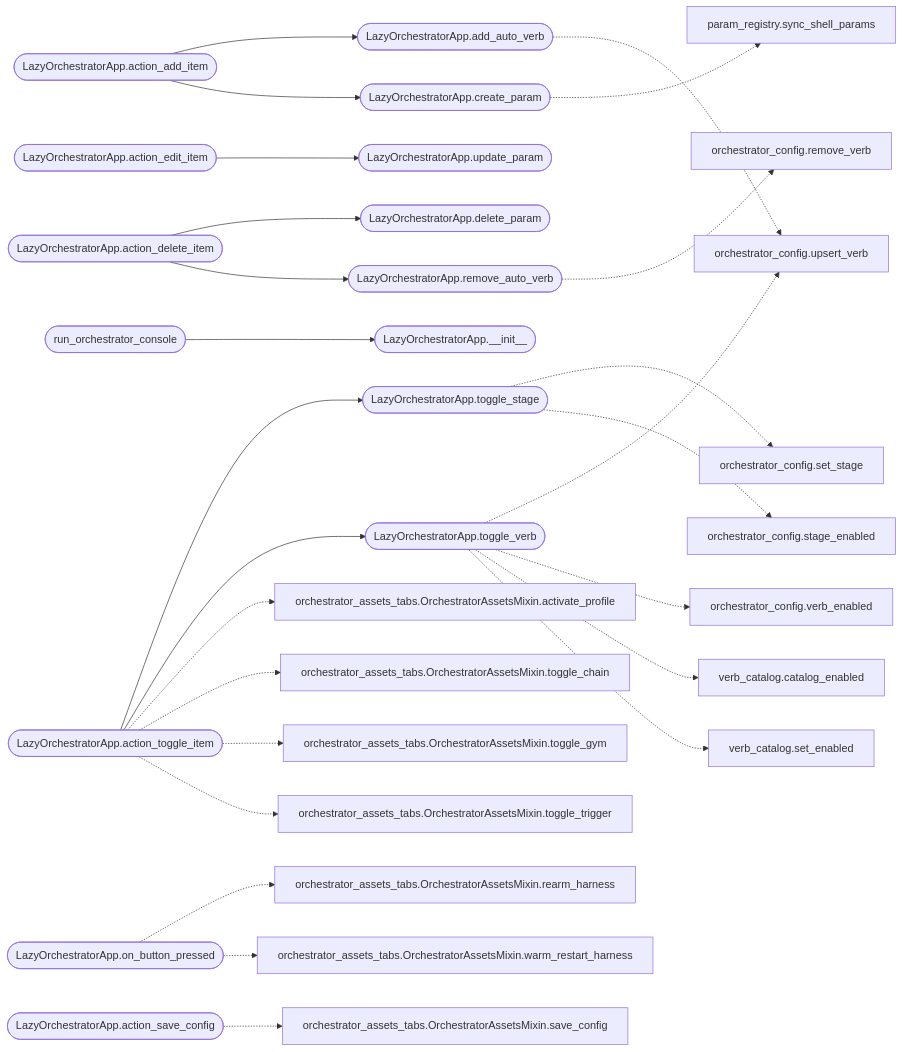
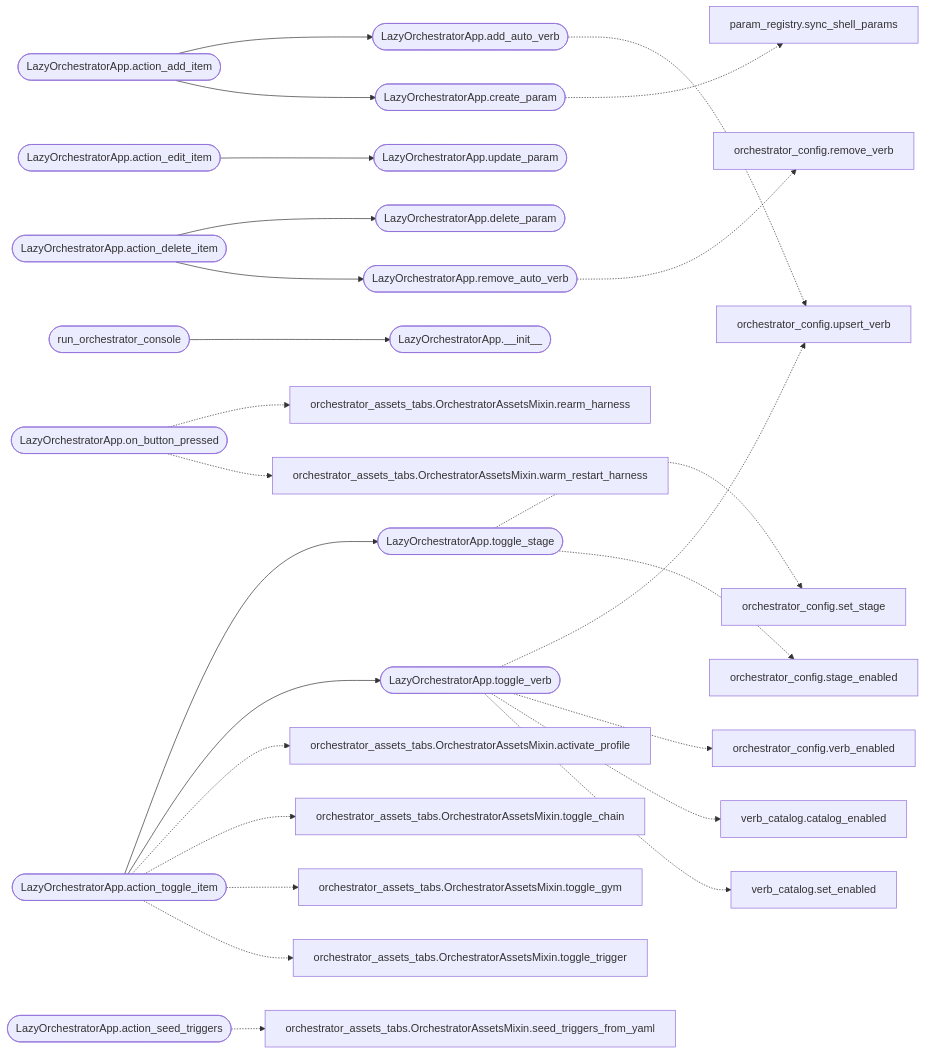
The second of 2 diagrams in readmenator-apidocs/modules/cli.lazy_orchestrator.py.md (grisuno/LazyOwn), drawn with Mermaid before and after one commit. The commit also changed other lines of this file and 496 other files, not shown here.

````diff
--- a/readmenator-apidocs/modules/cli.lazy_orchestrator.py.md
+++ b/readmenator-apidocs/modules/cli.lazy_orchestrator.py.md
@@ -62,57 +66,57 @@
 ```mermaid
 flowchart LR
     n_cli_lazy_orchestrator_py__LazyOrchestratorApp_action_toggle_item(["LazyOrchestratorApp.action_toggle_item"])
     n_cli_lazy_orchestrator_py__LazyOrchestratorApp_toggle_stage(["LazyOrchestratorApp.toggle_stage"])
     n_cli_lazy_orchestrator_py__LazyOrchestratorApp_toggle_verb(["LazyOrchestratorApp.toggle_verb"])
     n_cli_lazy_orchestrator_py__LazyOrchestratorApp_action_add_item(["LazyOrchestratorApp.action_add_item"])
     n_cli_lazy_orchestrator_py__LazyOrchestratorApp_add_auto_verb(["LazyOrchestratorApp.add_auto_verb"])
     n_cli_lazy_orchestrator_py__LazyOrchestratorApp_create_param(["LazyOrchestratorApp.create_param"])
     n_cli_lazy_orchestrator_py__LazyOrchestratorApp_action_edit_item(["LazyOrchestratorApp.action_edit_item"])
     n_cli_lazy_orchestrator_py__LazyOrchestratorApp_update_param(["LazyOrchestratorApp.update_param"])
     n_cli_lazy_orchestrator_py__LazyOrchestratorApp_action_delete_item(["LazyOrchestratorApp.action_delete_item"])
     n_cli_lazy_orchestrator_py__LazyOrchestratorApp_delete_param(["LazyOrchestratorApp.delete_param"])
     n_cli_lazy_orchestrator_py__LazyOrchestratorApp_remove_auto_verb(["LazyOrchestratorApp.remove_auto_verb"])
     n_cli_lazy_orchestrator_py__run_orchestrator_console(["run_orchestrator_console"])
     n_cli_lazy_orchestrator_py__LazyOrchestratorApp___init__(["LazyOrchestratorApp.__init__"])
     n_modules_orchestrator_config_py__set_stage["orchestrator_config.set_stage"]
     n_modules_orchestrator_config_py__stage_enabled["orchestrator_config.stage_enabled"]
     n_modules_orchestrator_config_py__upsert_verb["orchestrator_config.upsert_verb"]
     n_modules_orchestrator_config_py__verb_enabled["orchestrator_config.verb_enabled"]
     n_modules_verb_catalog_py__catalog_enabled["verb_catalog.catalog_enabled"]
     n_modules_verb_catalog_py__set_enabled["verb_catalog.set_enabled"]
     n_modules_orchestrator_config_py__remove_verb["orchestrator_config.remove_verb"]
     n_cli_lazy_orchestrator_py__LazyOrchestratorApp_on_button_pressed(["LazyOrchestratorApp.on_button_pressed"])
     n_cli_orchestrator_assets_tabs_py__OrchestratorAssetsMixin_rearm_harness["orchestrator_assets_tabs.OrchestratorAssetsMixin.rearm_harness"]
     n_cli_orchestrator_assets_tabs_py__OrchestratorAssetsMixin_warm_restart_harness["orchestrator_assets_tabs.OrchestratorAssetsMixin.warm_restart_harness"]
+    n_cli_lazy_orchestrator_py__LazyOrchestratorApp_action_seed_triggers(["LazyOrchestratorApp.action_seed_triggers"])
+    n_cli_orchestrator_assets_tabs_py__OrchestratorAssetsMixin_seed_triggers_from_yaml["orchestrator_assets_tabs.OrchestratorAssetsMixin.seed_triggers_from_yaml"]
     n_core_param_registry_py__sync_shell_params["param_registry.sync_shell_params"]
     n_cli_orchestrator_assets_tabs_py__OrchestratorAssetsMixin_activate_profile["orchestrator_assets_tabs.OrchestratorAssetsMixin.activate_profile"]
     n_cli_orchestrator_assets_tabs_py__OrchestratorAssetsMixin_toggle_chain["orchestrator_assets_tabs.OrchestratorAssetsMixin.toggle_chain"]
     n_cli_orchestrator_assets_tabs_py__OrchestratorAssetsMixin_toggle_gym["orchestrator_assets_tabs.OrchestratorAssetsMixin.toggle_gym"]
     n_cli_orchestrator_assets_tabs_py__OrchestratorAssetsMixin_toggle_trigger["orchestrator_assets_tabs.OrchestratorAssetsMixin.toggle_trigger"]
-    n_cli_lazy_orchestrator_py__LazyOrchestratorApp_action_save_config(["LazyOrchestratorApp.action_save_config"])
-    n_cli_orchestrator_assets_tabs_py__OrchestratorAssetsMixin_save_config["orchestrator_assets_tabs.OrchestratorAssetsMixin.save_config"]
     n_cli_lazy_orchestrator_py__LazyOrchestratorApp_action_toggle_item --> n_cli_lazy_orchestrator_py__LazyOrchestratorApp_toggle_stage
     n_cli_lazy_orchestrator_py__LazyOrchestratorApp_action_toggle_item --> n_cli_lazy_orchestrator_py__LazyOrchestratorApp_toggle_verb
     n_cli_lazy_orchestrator_py__LazyOrchestratorApp_action_add_item --> n_cli_lazy_orchestrator_py__LazyOrchestratorApp_add_auto_verb
     n_cli_lazy_orchestrator_py__LazyOrchestratorApp_action_add_item --> n_cli_lazy_orchestrator_py__LazyOrchestratorApp_create_param
     n_cli_lazy_orchestrator_py__LazyOrchestratorApp_action_edit_item --> n_cli_lazy_orchestrator_py__LazyOrchestratorApp_update_param
     n_cli_lazy_orchestrator_py__LazyOrchestratorApp_action_delete_item --> n_cli_lazy_orchestrator_py__LazyOrchestratorApp_delete_param
     n_cli_lazy_orchestrator_py__LazyOrchestratorApp_action_delete_item --> n_cli_lazy_orchestrator_py__LazyOrchestratorApp_remove_auto_verb
     n_cli_lazy_orchestrator_py__run_orchestrator_console --> n_cli_lazy_orchestrator_py__LazyOrchestratorApp___init__
     n_cli_lazy_orchestrator_py__LazyOrchestratorApp_toggle_stage -.-> n_modules_orchestrator_config_py__set_stage
     n_cli_lazy_orchestrator_py__LazyOrchestratorApp_toggle_stage -.-> n_modules_orchestrator_config_py__stage_enabled
     n_cli_lazy_orchestrator_py__LazyOrchestratorApp_toggle_verb -.-> n_modules_orchestrator_config_py__upsert_verb
     n_cli_lazy_orchestrator_py__LazyOrchestratorApp_toggle_verb -.-> n_modules_orchestrator_config_py__verb_enabled
     n_cli_lazy_orchestrator_py__LazyOrchestratorApp_toggle_verb -.-> n_modules_verb_catalog_py__catalog_enabled
     n_cli_lazy_orchestrator_py__LazyOrchestratorApp_toggle_verb -.-> n_modules_verb_catalog_py__set_enabled
     n_cli_lazy_orchestrator_py__LazyOrchestratorApp_add_auto_verb -.-> n_modules_orchestrator_config_py__upsert_verb
     n_cli_lazy_orchestrator_py__LazyOrchestratorApp_remove_auto_verb -.-> n_modules_orchestrator_config_py__remove_verb
     n_cli_lazy_orchestrator_py__LazyOrchestratorApp_on_button_pressed -.-> n_cli_orchestrator_assets_tabs_py__OrchestratorAssetsMixin_rearm_harness
     n_cli_lazy_orchestrator_py__LazyOrchestratorApp_on_button_pressed -.-> n_cli_orchestrator_assets_tabs_py__OrchestratorAssetsMixin_warm_restart_harness
+    n_cli_lazy_orchestrator_py__LazyOrchestratorApp_action_seed_triggers -.-> n_cli_orchestrator_assets_tabs_py__OrchestratorAssetsMixin_seed_triggers_from_yaml
     n_cli_lazy_orchestrator_py__LazyOrchestratorApp_create_param -.-> n_core_param_registry_py__sync_shell_params
     n_cli_lazy_orchestrator_py__LazyOrchestratorApp_action_toggle_item -.-> n_cli_orchestrator_assets_tabs_py__OrchestratorAssetsMixin_activate_profile
     n_cli_lazy_orchestrator_py__LazyOrchestratorApp_action_toggle_item -.-> n_cli_orchestrator_assets_tabs_py__OrchestratorAssetsMixin_toggle_chain
     n_cli_lazy_orchestrator_py__LazyOrchestratorApp_action_toggle_item -.-> n_cli_orchestrator_assets_tabs_py__OrchestratorAssetsMixin_toggle_gym
     n_cli_lazy_orchestrator_py__LazyOrchestratorApp_action_toggle_item -.-> n_cli_orchestrator_assets_tabs_py__OrchestratorAssetsMixin_toggle_trigger
-    n_cli_lazy_orchestrator_py__LazyOrchestratorApp_action_save_config -.-> n_cli_orchestrator_assets_tabs_py__OrchestratorAssetsMixin_save_config
 ```
````
